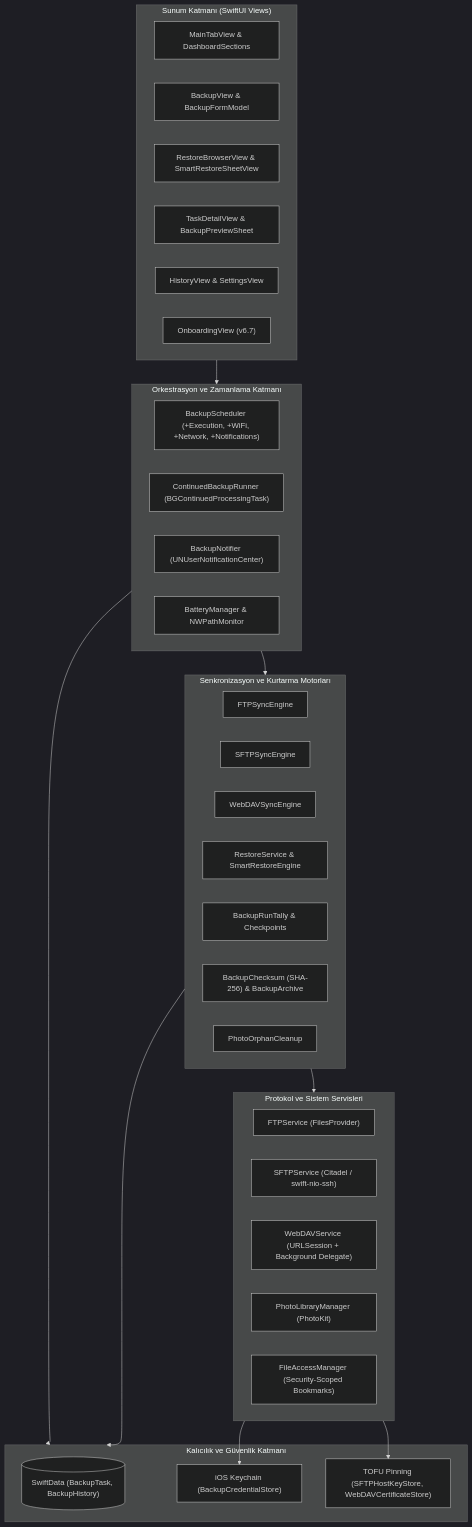
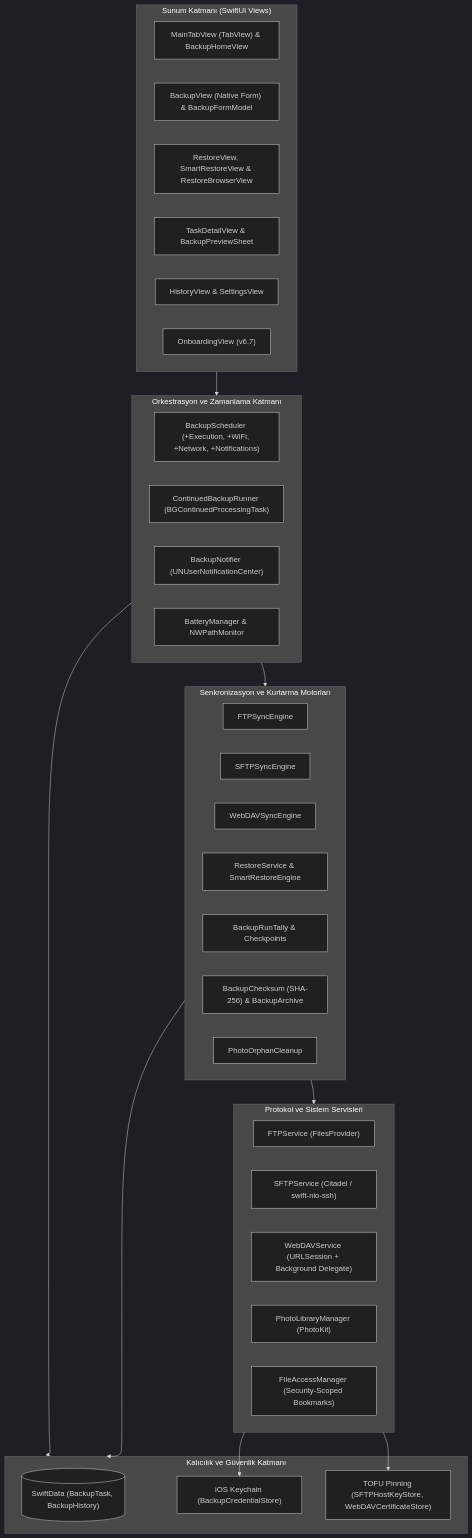
The first of 3 diagrams in Architecture.md (tsavasci/BackupFlow), drawn with Mermaid (dark theme) before and after one commit. The commit also changed other lines of this file and 732 other files, not shown here.

First line of the commit message:
Ajan Ofisi: v6.7 (Build 2) clean native SwiftUI redesign, SmartRestoreView, TabView, 12-lang assets & Website/docs update

````diff
--- a/Architecture.md
+++ b/Architecture.md
@@ -13,50 +13,50 @@
 ```mermaid
 flowchart TD
     subgraph UI["Sunum Katmanı (SwiftUI Views)"]
-        MTV["MainTabView & DashboardSections"]
-        BV["BackupView & BackupFormModel"]
-        RBV["RestoreBrowserView & SmartRestoreSheetView"]
+        MTV["MainTabView (TabView) & BackupHomeView"]
+        BV["BackupView (Native Form) & BackupFormModel"]
+        RBV["RestoreView, SmartRestoreView & RestoreBrowserView"]
         TDV["TaskDetailView & BackupPreviewSheet"]
         HV["HistoryView & SettingsView"]
         OBV["OnboardingView (v6.7)"]
     end
 
     subgraph Orchestration["Orkestrasyon ve Zamanlama Katmanı"]
         BS["BackupScheduler (+Execution, +WiFi, +Network, +Notifications)"]
         CBR["ContinuedBackupRunner (BGContinuedProcessingTask)"]
         BN["BackupNotifier (UNUserNotificationCenter)"]
         BM["BatteryManager & NWPathMonitor"]
     end
 
     subgraph SyncEngines["Senkronizasyon ve Kurtarma Motorları"]
         FSE["FTPSyncEngine"]
         SSE["SFTPSyncEngine"]
         WSE["WebDAVSyncEngine"]
         SRE["RestoreService & SmartRestoreEngine"]
         BRT["BackupRunTally & Checkpoints"]
         BC["BackupChecksum (SHA-256) & BackupArchive"]
         POC["PhotoOrphanCleanup"]
     end
 
     subgraph Transport["Protokol ve Sistem Servisleri"]
         FTPS["FTPService (FilesProvider)"]
         SFTPS["SFTPService (Citadel / swift-nio-ssh)"]
         WDS["WebDAVService (URLSession + Background Delegate)"]
         PLM["PhotoLibraryManager (PhotoKit)"]
         FAM["FileAccessManager (Security-Scoped Bookmarks)"]
     end
 
     subgraph Persistence["Kalıcılık ve Güvenlik Katmanı"]
         SD[("SwiftData (BackupTask, BackupHistory)")]
         KC["iOS Keychain (BackupCredentialStore)"]
         TOFU["TOFU Pinning (SFTPHostKeyStore, WebDAVCertificateStore)"]
     end
 
     UI --> Orchestration
     Orchestration --> SyncEngines
     SyncEngines --> Transport
     Orchestration --> Persistence
     SyncEngines --> Persistence
     Transport --> TOFU
     Transport --> KC
 ```
````
